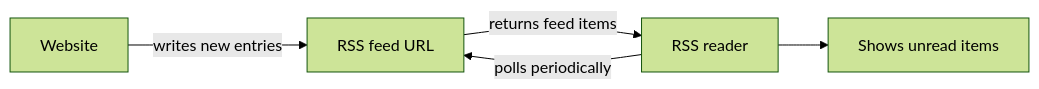
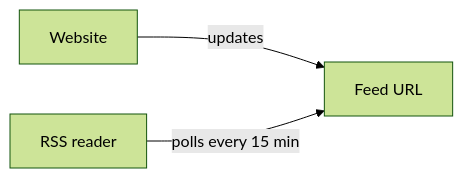
The second of 2 diagrams in connection-protocols/pub-sub.md (alanqi03/sys-design), drawn with Mermaid (forest theme) before and after one commit. The commit also changed other lines of this file and 6 other files, not shown here.

````diff
--- a/connection-protocols/pub-sub.md
+++ b/connection-protocols/pub-sub.md
@@ -125,7 +82,5 @@
 ```{mermaid}
 flowchart LR
-  W[Website] -->|writes new entries| F[RSS feed URL]
-  R[RSS reader] -->|polls periodically| F
-  F -->|returns feed items| R
-  R --> U[Shows unread items]
+  W[Website] -->|updates| F[Feed URL]
+  R[RSS reader] -->|"polls every 15 min"| F
 ```
````
